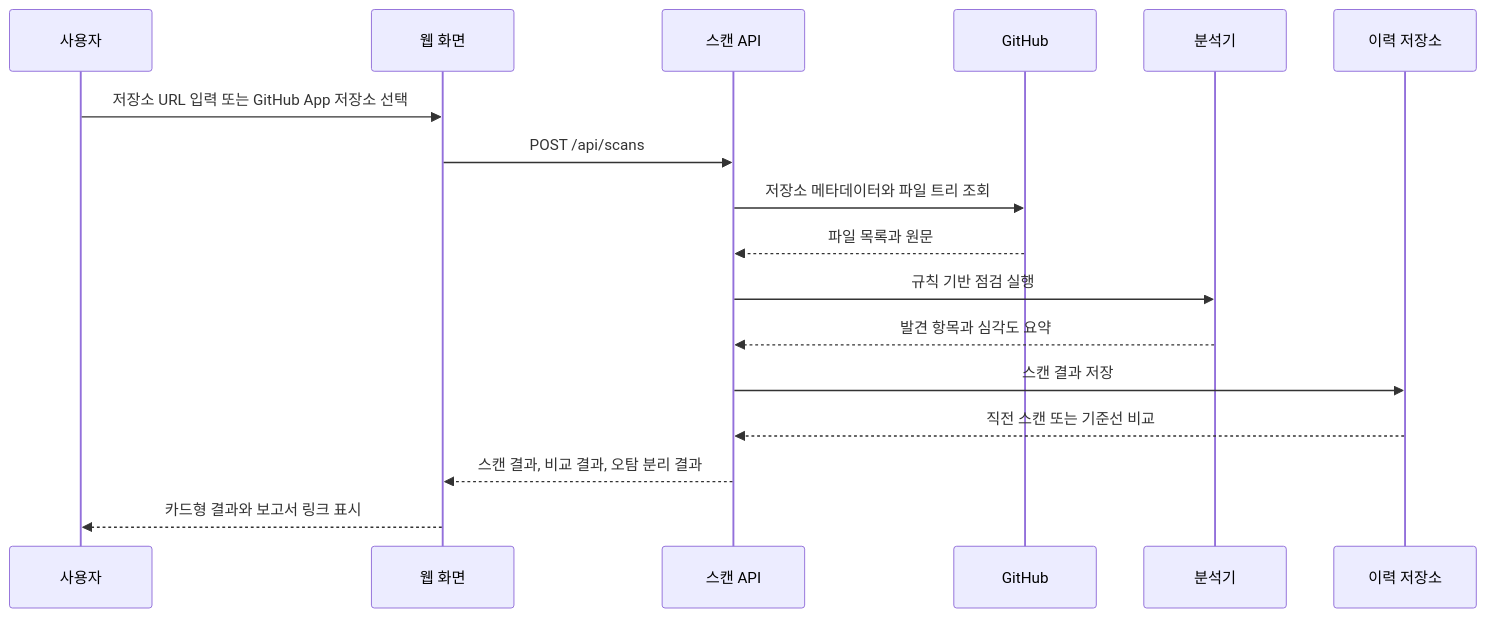
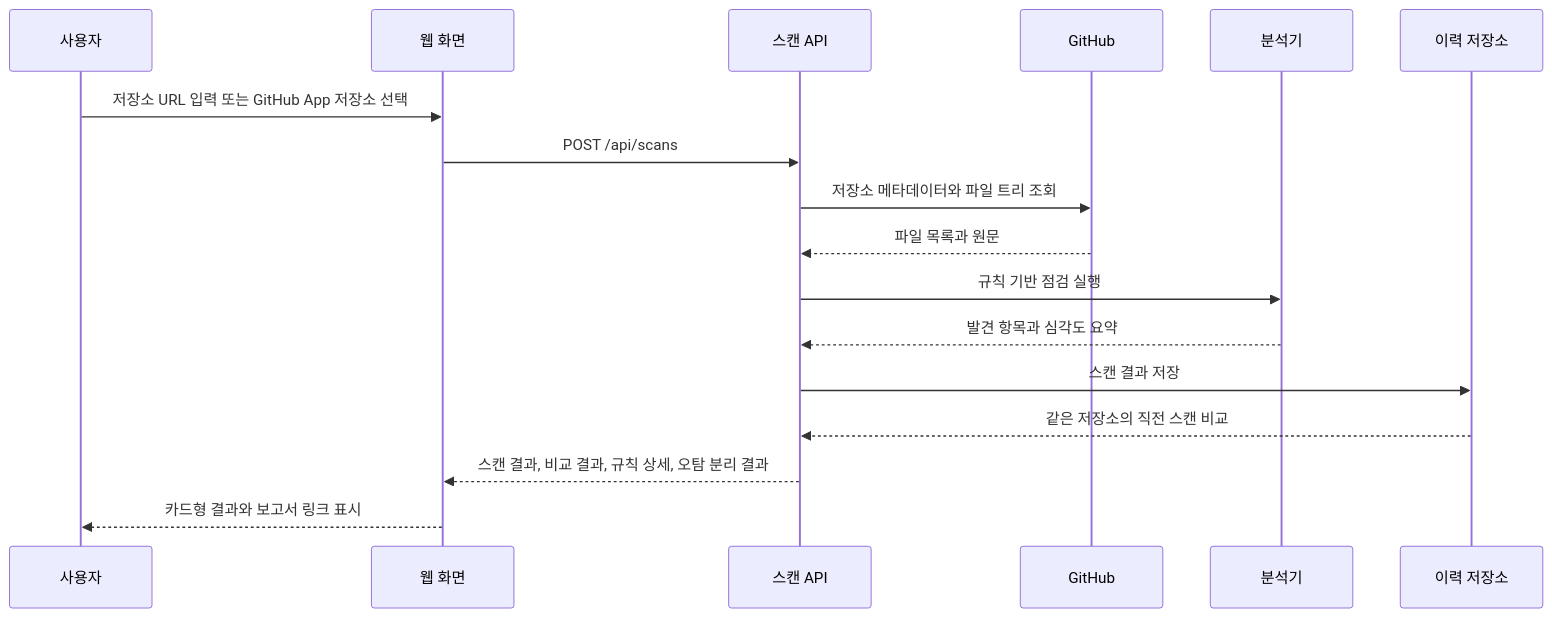
Before and after one commit to rockenwind/mac_vibecoding: the second of 3 diagrams in README.md, drawn with Mermaid. The commit also changed other lines of this file and 13 other files, not shown here.

````diff
--- a/README.md
+++ b/README.md
@@ -44,20 +46,20 @@
 ```mermaid
 sequenceDiagram
   participant U as 사용자
   participant W as 웹 화면
   participant A as 스캔 API
   participant G as GitHub
   participant S as 분석기
   participant H as 이력 저장소
 
   U->>W: 저장소 URL 입력 또는 GitHub App 저장소 선택
   W->>A: POST /api/scans
   A->>G: 저장소 메타데이터와 파일 트리 조회
   G-->>A: 파일 목록과 원문
   A->>S: 규칙 기반 점검 실행
   S-->>A: 발견 항목과 심각도 요약
   A->>H: 스캔 결과 저장
-  H-->>A: 직전 스캔 또는 기준선 비교
-  A-->>W: 스캔 결과, 비교 결과, 오탐 분리 결과
+  H-->>A: 같은 저장소의 직전 스캔 비교
+  A-->>W: 스캔 결과, 비교 결과, 규칙 상세, 오탐 분리 결과
   W-->>U: 카드형 결과와 보고서 링크 표시
 ```
````
